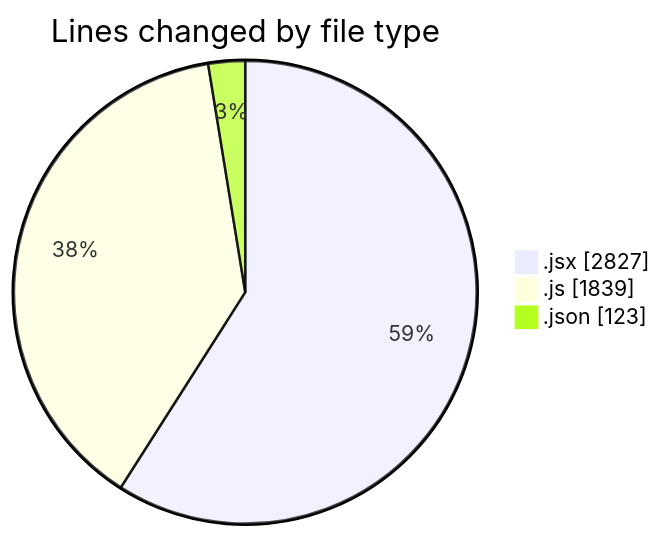
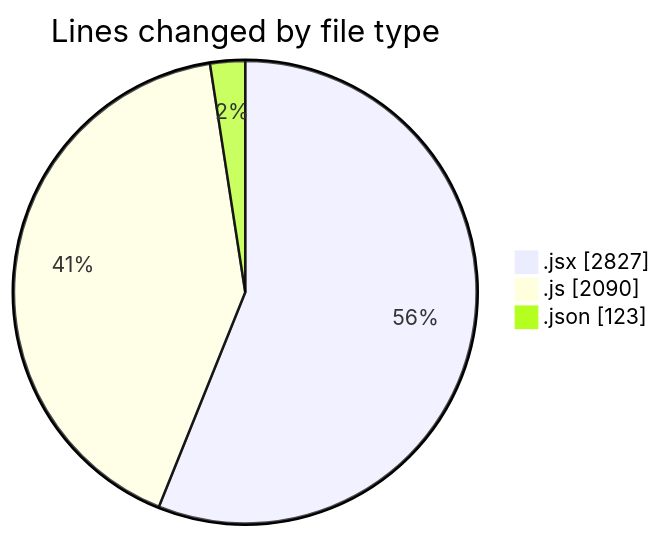
One commit to nxtqubesakshisongat/code-tracking changed the first of 2 diagrams in 2025-12-28/nxtqube_webapp/README.md. Above: the diagram before and after it, drawn with Mermaid. The commit also changed other lines of this file and 1 other file, not shown here.

````diff
--- a/2025-12-28/nxtqube_webapp/README.md
+++ b/2025-12-28/nxtqube_webapp/README.md
@@ -27,7 +27,7 @@
 ```mermaid
 pie showData
 title Lines changed by file type
 ".jsx" : 2827
-".js" : 1839
+".js" : 2090
 ".json" : 123
 ```
````
